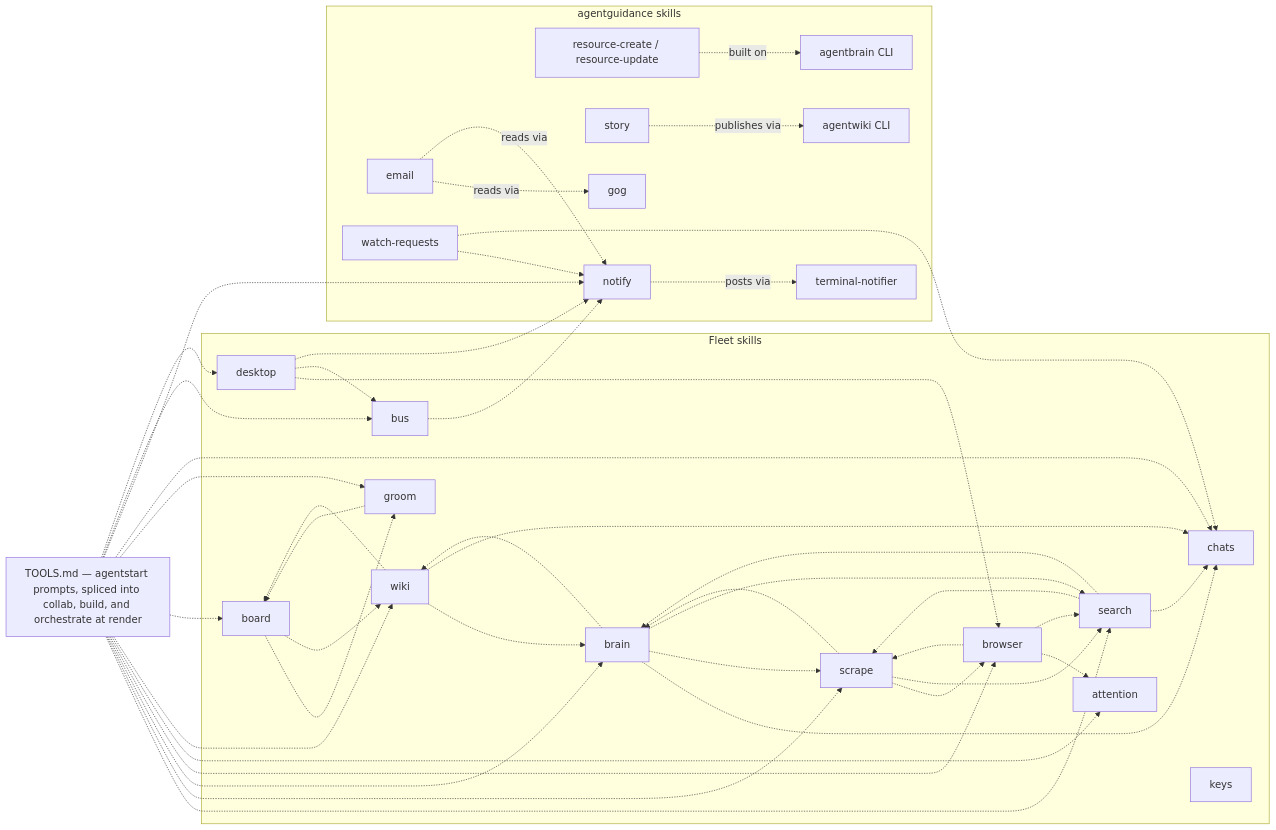
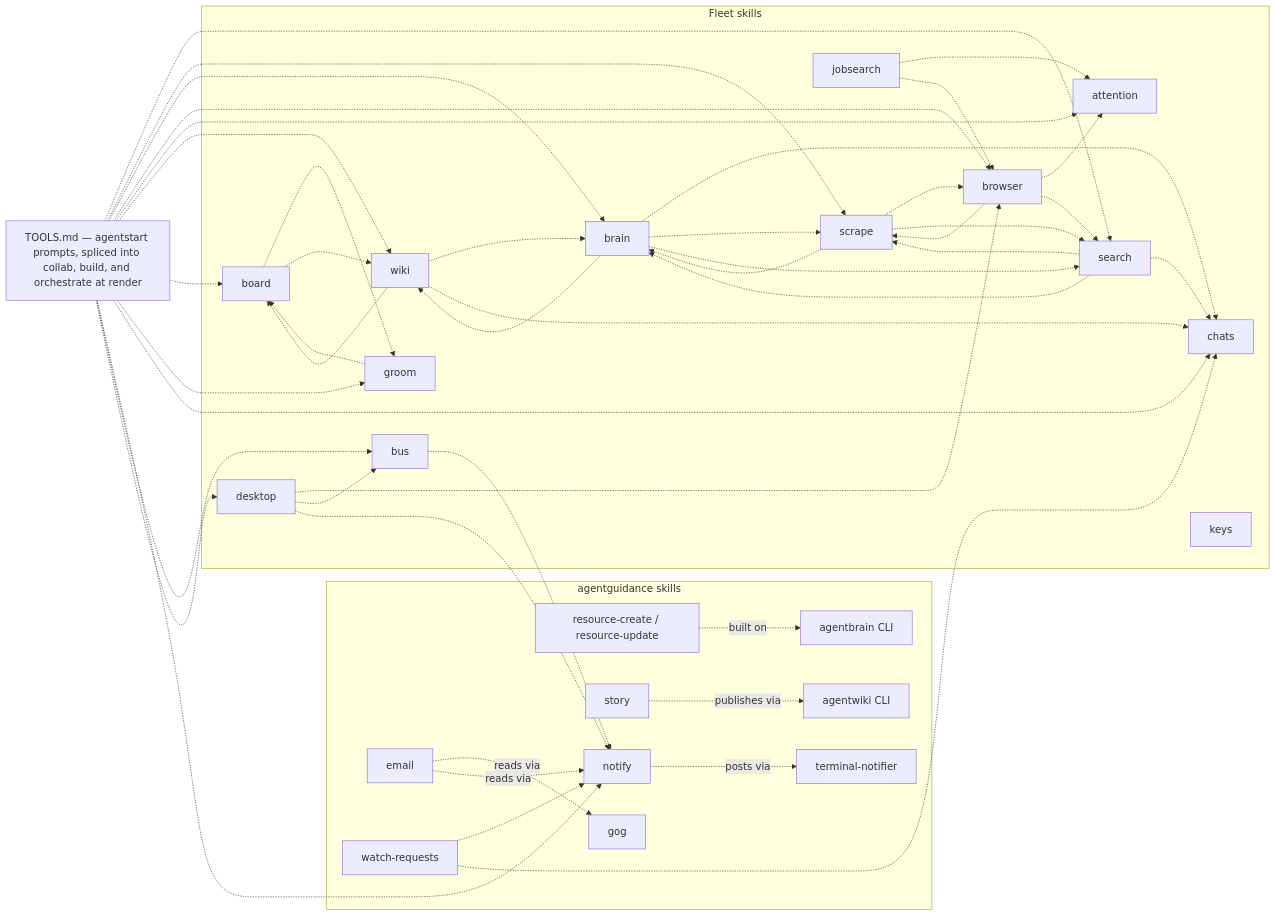
The third of 3 diagrams in skills/fleet/MAP.md (possibilities/agentstart), drawn with Mermaid before and after one commit. The commit also changed other lines of this file, not shown here.

Commit message:
docs: map jobsearch attention integration

````diff
--- a/skills/fleet/MAP.md
+++ b/skills/fleet/MAP.md
@@ -118,31 +120,32 @@
 ```mermaid
 flowchart LR
     subgraph fleetSkills [Fleet skills]
         board -.-> groom & wiki
         groom -.-> board
         brain -.-> chats & scrape & search & wiki
         scrape -.-> brain & browser & search
         search -.-> brain & chats & scrape
         browser -.-> attention & scrape & search
         attention
+        jobsearch -.-> attention & browser
         wiki -.-> board & brain & chats
         desktop -.-> browser & bus
         chats
         keys
         bus
     end
 
     subgraph guidanceSkills [agentguidance skills]
         resource[resource-create / resource-update] -.->|built on| brainCli[agentbrain CLI]
         story -.->|publishes via| wikiCli[agentwiki CLI]
         notify -.->|posts via| notifierCli[terminal-notifier]
         email -.->|reads via| gogCli[gog] & notify
         watchRequests[watch-requests] -.-> notify
     end
 
     watchRequests -.-> chats
     bus -.-> notify
     desktop -.-> notify
 
     tools[TOOLS.md — agentstart prompts, spliced into collab, build, and orchestrate at render] -.-> search & scrape & brain & browser & attention & wiki & board & groom & chats & notify & bus & desktop
 ```
````
